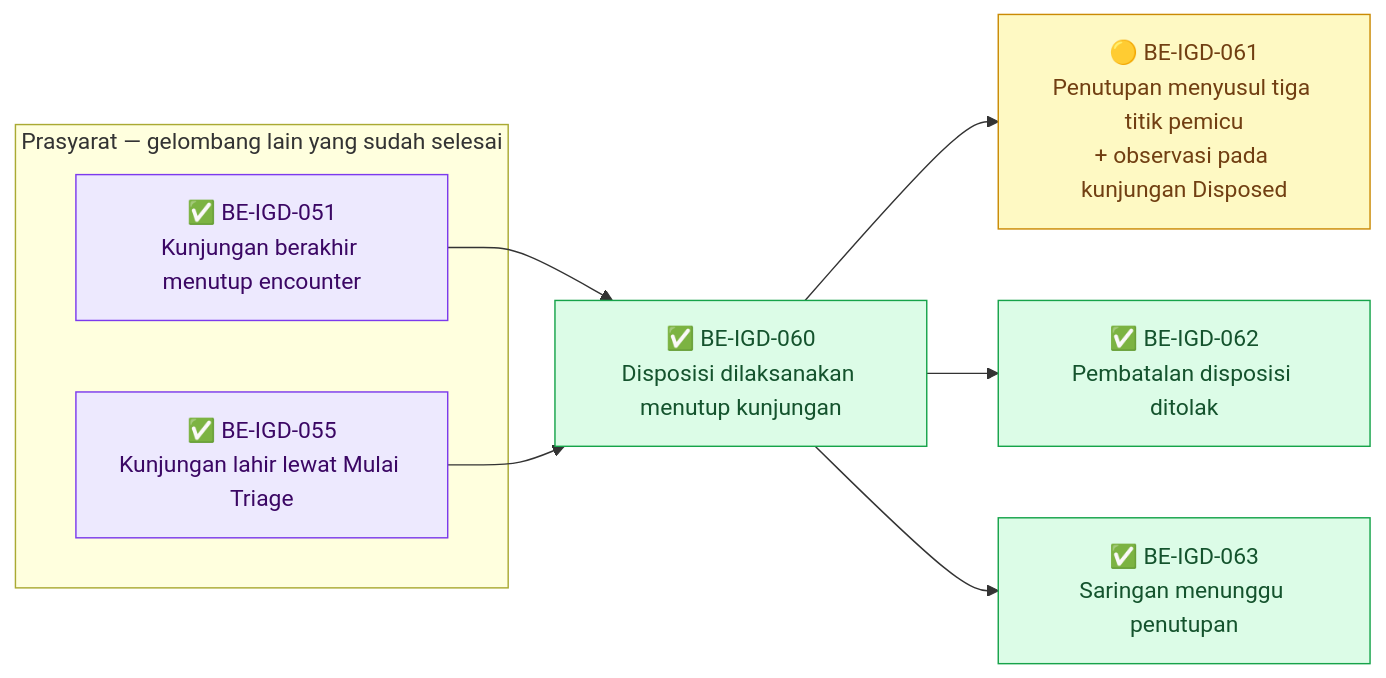
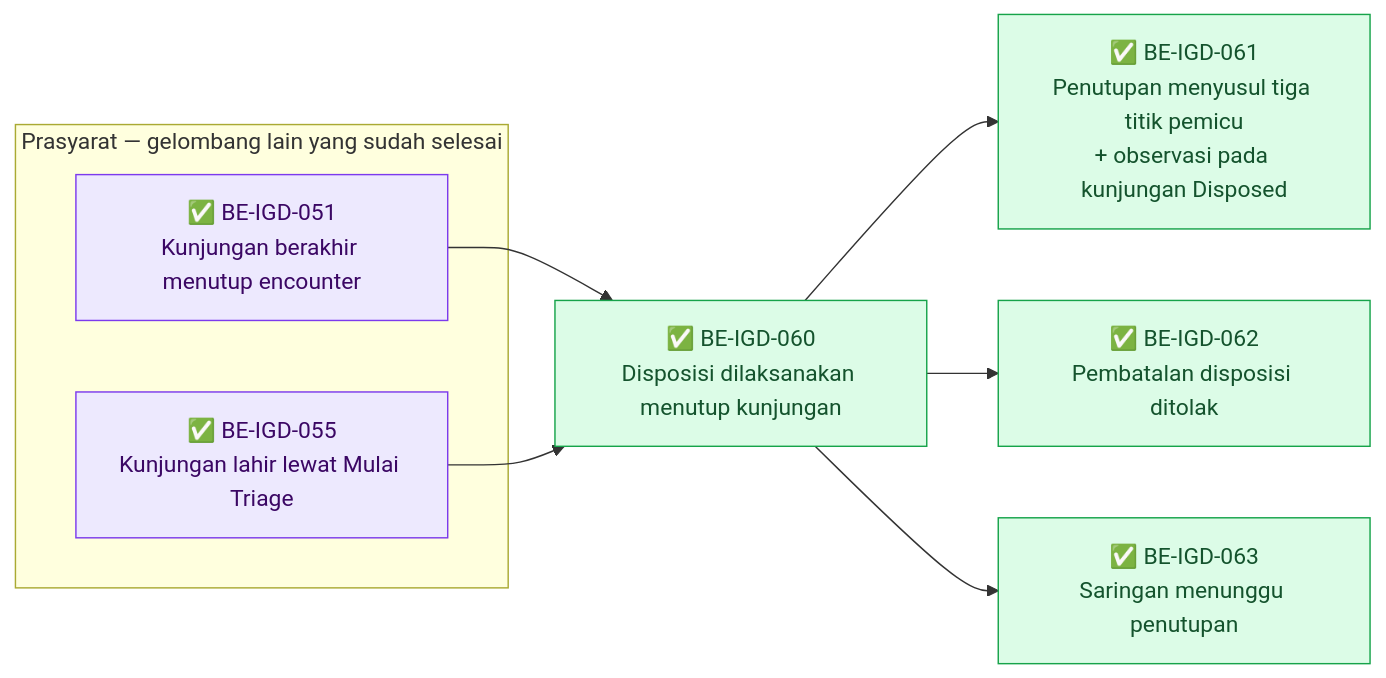
Diagram 12 of 13 in docs/module-blueprints/igd/roadmap/backend-roadmap.md (DevBenari/NewQuilvianSystemBackend), drawn with Mermaid before and after one commit. The commit also changed other lines of this file and 20 other files, not shown here.

Commit message:
update observation dan penutupan pasien igd

````diff
--- a/docs/module-blueprints/igd/roadmap/backend-roadmap.md
+++ b/docs/module-blueprints/igd/roadmap/backend-roadmap.md
@@ -2754,24 +2929,24 @@
 ```mermaid
 flowchart LR
     classDef selesai fill:#DCFCE7,stroke:#16A34A,color:#14532D
     classDef sebagian fill:#FEF9C3,stroke:#CA8A04,color:#713F12
     classDef terblokir fill:#FEE2E2,stroke:#DC2626,color:#7F1D1D
     classDef belum fill:#F1F5F9,stroke:#64748B,color:#0F172A
     classDef luar fill:#EDE9FE,stroke:#7C3AED,color:#3B0764
 
     subgraph prasyarat14["Prasyarat — gelombang lain yang sudah selesai"]
         BEIGD051X["✅ BE-IGD-051<br/>Kunjungan berakhir menutup encounter"]:::luar
         BEIGD055X["✅ BE-IGD-055<br/>Kunjungan lahir lewat Mulai Triage"]:::luar
     end
 
     BEIGD060["✅ BE-IGD-060<br/>Disposisi dilaksanakan menutup kunjungan"]:::selesai
-    BEIGD061["🟡 BE-IGD-061<br/>Penutupan menyusul tiga titik pemicu<br/>+ observasi pada kunjungan Disposed"]:::sebagian
+    BEIGD061["✅ BE-IGD-061<br/>Penutupan menyusul tiga titik pemicu<br/>+ observasi pada kunjungan Disposed"]:::selesai
     BEIGD062["✅ BE-IGD-062<br/>Pembatalan disposisi ditolak"]:::selesai
     BEIGD063["✅ BE-IGD-063<br/>Saringan menunggu penutupan"]:::selesai
 
     BEIGD051X --> BEIGD060
     BEIGD055X --> BEIGD060
     BEIGD060 --> BEIGD061
     BEIGD060 --> BEIGD062
     BEIGD060 --> BEIGD063
 ```
````
